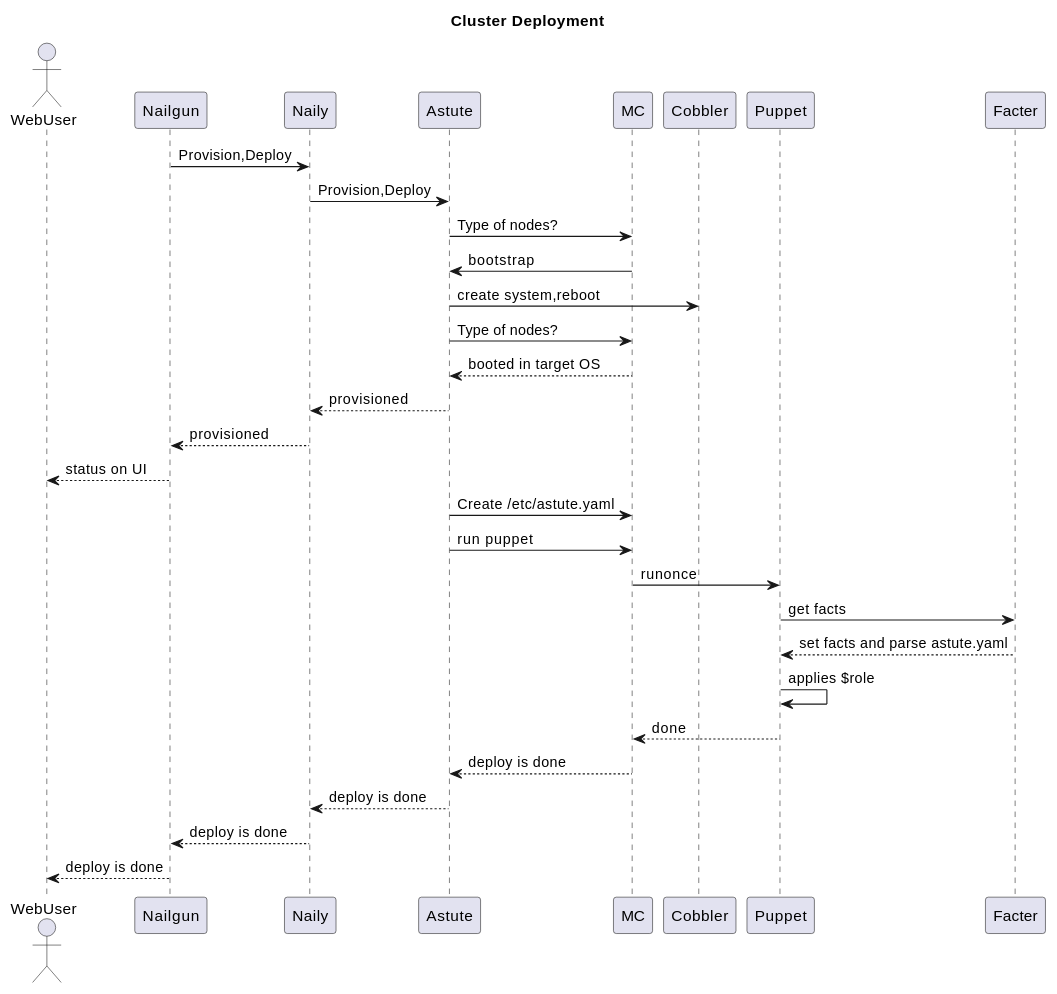
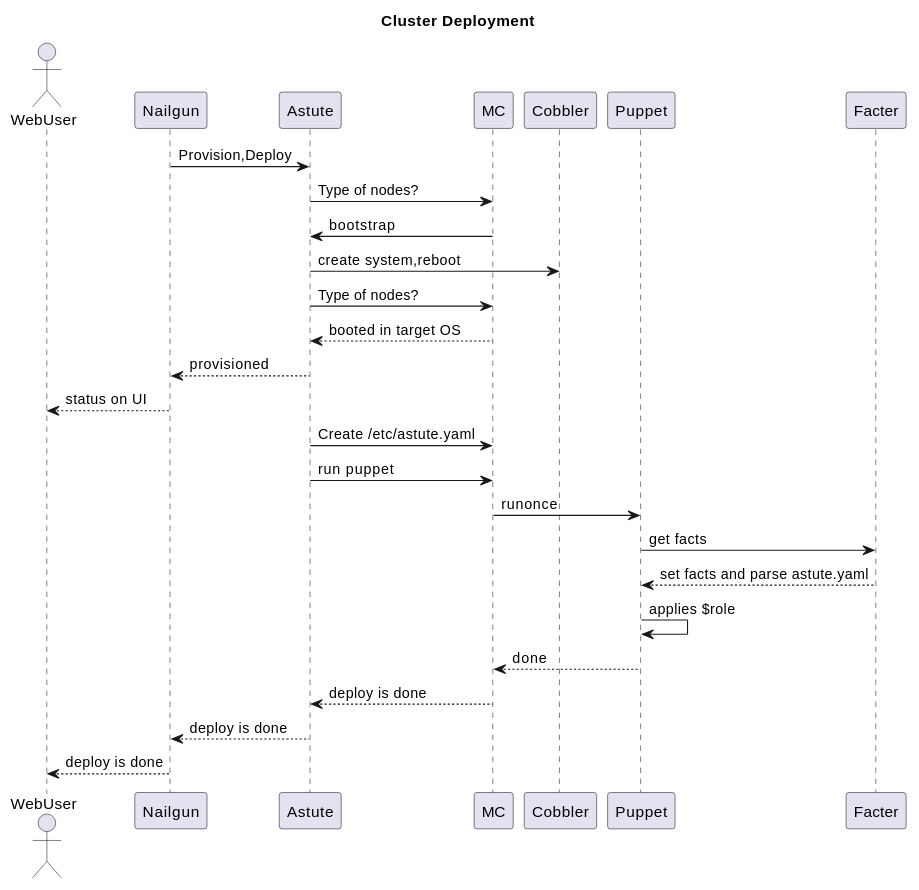
Before and after one commit to openstack-archive/fuel-web: the third of 3 diagrams in docs/develop/sequence.rst, drawn with PlantUML. The commit also changed other lines of this file and 20 other files, not shown here.

First line of the commit message:
Move Naily to Astute

```diff
--- a/docs/develop/sequence.rst
+++ b/docs/develop/sequence.rst
@@ -69,28 +66,25 @@
  .. uml::
     title Cluster Deployment
     actor WebUser
 
-    Nailgun -> Naily: Provision,Deploy
-    Naily -> Astute: Provision,Deploy
+    Nailgun -> Astute: Provision,Deploy
     Astute -> MC: Type of nodes?
     MC -> Astute: bootstrap
     Astute -> Cobbler: create system,reboot
     Astute -> MC: Type of nodes?
 
     MC --> Astute: booted in target OS
-    Astute --> Naily: provisioned
-    Naily --> Nailgun: provisioned
+    Astute --> Nailgun: provisioned
     Nailgun --> WebUser: status on UI
     Astute -> MC: Create /etc/astute.yaml
 
     Astute -> MC: run puppet
     MC -> Puppet: runonce
     Puppet -> Facter: get facts
     Facter --> Puppet: set facts and parse astute.yaml
 
     Puppet -> Puppet: applies $role
     Puppet --> MC: done
     MC --> Astute: deploy is done
-    Astute --> Naily: deploy is done
-    Naily --> Nailgun: deploy is done
+    Astute --> Nailgun: deploy is done
     Nailgun --> WebUser: deploy is done
```
